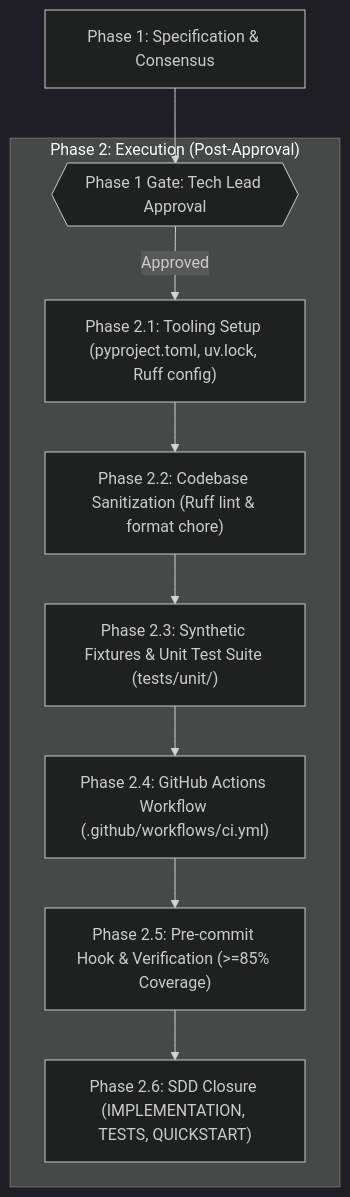
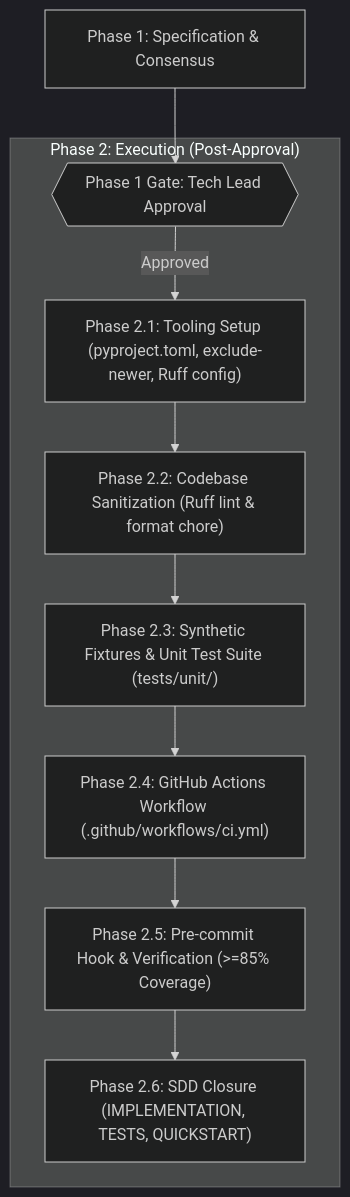
Before and after one commit to ViniciusA05/legisla-ML: the diagram in docs/specs/002-ci-tdd-pipeline/PLAN.md, drawn with Mermaid (dark theme). The commit also changed other lines of this file and 4 other files, not shown here.

````diff
--- a/docs/specs/002-ci-tdd-pipeline/PLAN.md
+++ b/docs/specs/002-ci-tdd-pipeline/PLAN.md
@@ -15,13 +15,13 @@
 ```mermaid
 flowchart TD
     P1["Phase 1: Specification & Consensus"] --> G1{{"Phase 1 Gate: Tech Lead Approval"}}
     
     subgraph "Phase 2: Execution (Post-Approval)"
-        G1 -->|Approved| P2A["Phase 2.1: Tooling Setup (pyproject.toml, uv.lock, Ruff config)"]
+        G1 -->|Approved| P2A["Phase 2.1: Tooling Setup (pyproject.toml, exclude-newer, Ruff config)"]
         P2A --> P2B["Phase 2.2: Codebase Sanitization (Ruff lint & format chore)"]
         P2B --> P2C["Phase 2.3: Synthetic Fixtures & Unit Test Suite (tests/unit/)"]
         P2C --> P2D["Phase 2.4: GitHub Actions Workflow (.github/workflows/ci.yml)"]
         P2D --> P2E["Phase 2.5: Pre-commit Hook & Verification (>=85% Coverage)"]
         P2E --> P2F["Phase 2.6: SDD Closure (IMPLEMENTATION, TESTS, QUICKSTART)"]
     end
 ```
````
